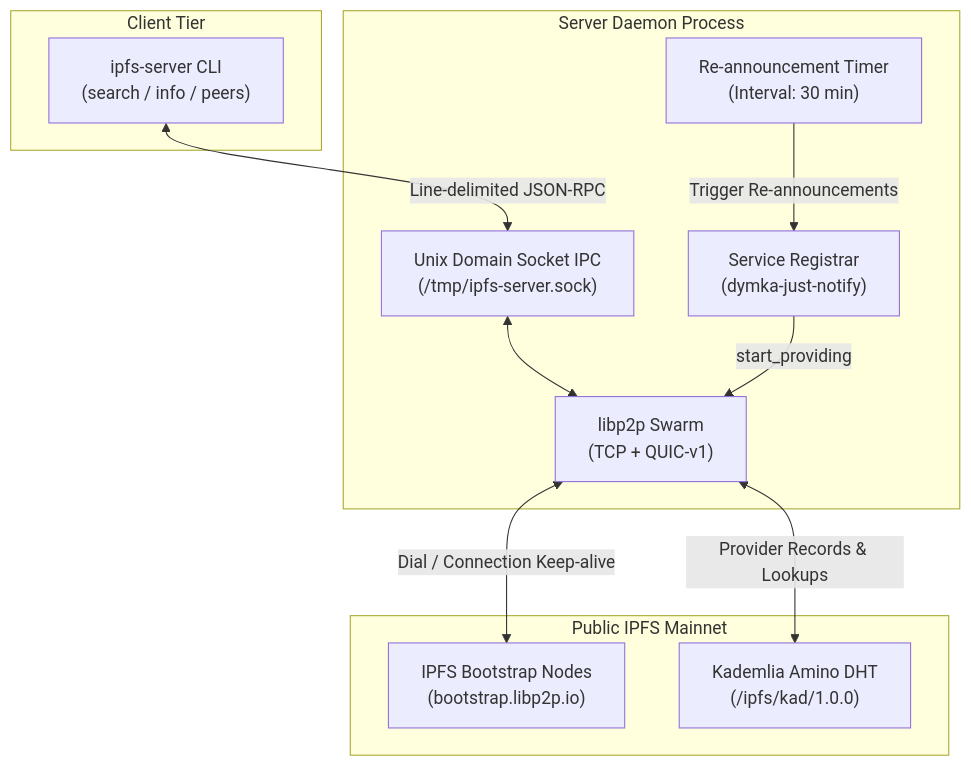
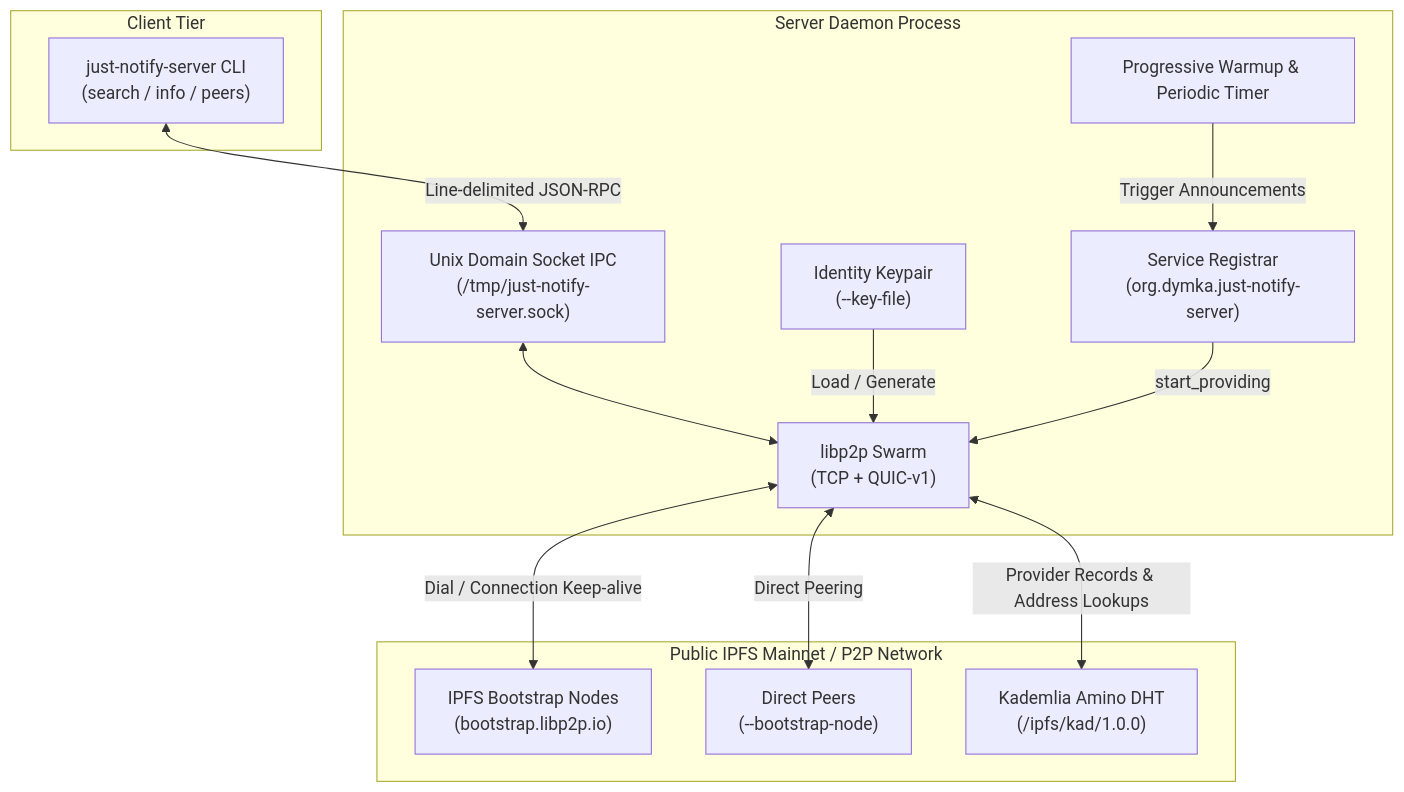
Before and after one commit to denisglotov/just-notify-server: the first of 2 diagrams in README.md, drawn with Mermaid. The commit also changed other lines of this file and 10 other files, not shown here.

````diff
--- a/README.md
+++ b/README.md
@@ -19,25 +36,29 @@
 ```mermaid
 graph TD
     subgraph Client["Client Tier"]
-        CLI["ipfs-server CLI<br/>(search / info / peers)"]
+        CLI["just-notify-server CLI<br/>(search / info / peers)"]
     end
 
     subgraph Daemon["Server Daemon Process"]
-        IPC["Unix Domain Socket IPC<br/>(/tmp/ipfs-server.sock)"]
+        IPC["Unix Domain Socket IPC<br/>(/tmp/just-notify-server.sock)"]
         Swarm["libp2p Swarm<br/>(TCP + QUIC-v1)"]
-        Service["Service Registrar<br/>(dymka-just-notify)"]
-        Timer["Re-announcement Timer<br/>(Interval: 30 min)"]
+        Service["Service Registrar<br/>(org.dymka.just-notify-server)"]
+        Timer["Progressive Warmup & Periodic Timer"]
+        Key["Identity Keypair<br/>(--key-file)"]
     end
 
-    subgraph Mainnet["Public IPFS Mainnet"]
+    subgraph Mainnet["Public IPFS Mainnet / P2P Network"]
         Bootstrap["IPFS Bootstrap Nodes<br/>(bootstrap.libp2p.io)"]
+        Peers["Direct Peers<br/>(--bootstrap-node)"]
         AminoDHT["Kademlia Amino DHT<br/>(/ipfs/kad/1.0.0)"]
     end
 
     CLI <-->|"Line-delimited JSON-RPC"| IPC
     IPC <--> Swarm
-    Timer -->|"Trigger Re-announcements"| Service
+    Key -->|"Load / Generate"| Swarm
+    Timer -->|"Trigger Announcements"| Service
     Service -->|"start_providing"| Swarm
     Swarm <-->|"Dial / Connection Keep-alive"| Bootstrap
-    Swarm <-->|"Provider Records & Lookups"| AminoDHT
+    Swarm <-->|"Direct Peering"| Peers
+    Swarm <-->|"Provider Records & Address Lookups"| AminoDHT
 ```
````
